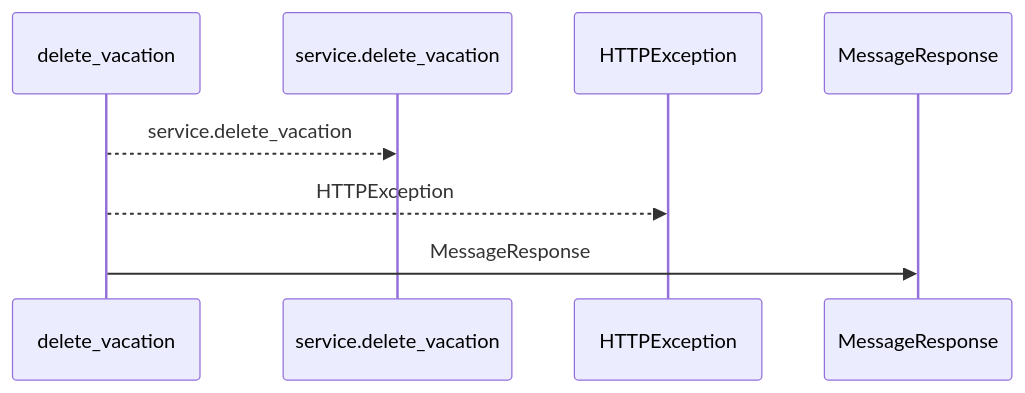
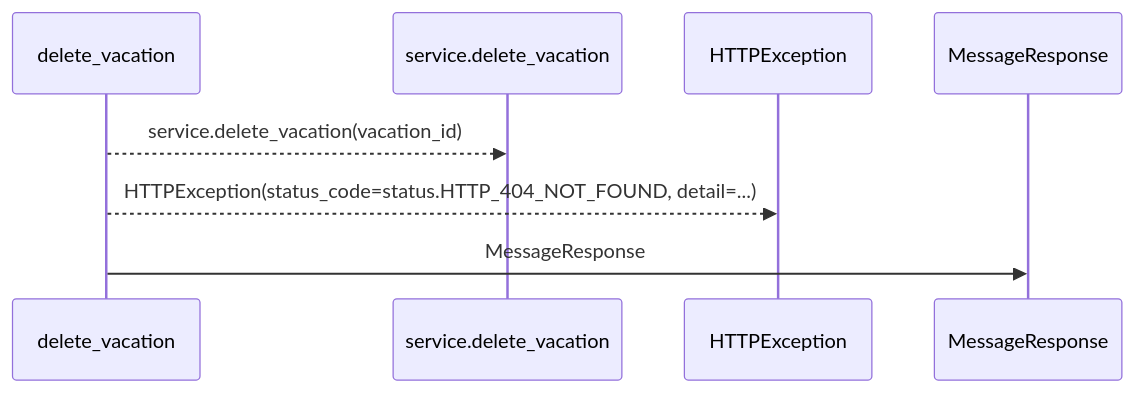
The first of 2 diagrams in docs/llm_wiki/flows/http-delete_vacation.md (Denissvgn/WorkChord), drawn with Mermaid before and after one commit. The commit also changed other lines of this file and 25171 other files, not shown here.

````diff
--- a/docs/llm_wiki/flows/http-delete_vacation.md
+++ b/docs/llm_wiki/flows/http-delete_vacation.md
@@ -10,10 +12,10 @@
 ```mermaid
 sequenceDiagram
     participant p0 as delete_vacation
     participant p1 as service.delete_vacation
     participant p2 as HTTPException
     participant p3 as MessageResponse
-    p0-->>p1: service.delete_vacation
-    p0-->>p2: HTTPException
+    p0-->>p1: service.delete_vacation(vacation_id)
+    p0-->>p2: HTTPException(status_code=status.HTTP_404_NOT_FOUND, detail=...)
     p0->>p3: MessageResponse
 ```
````
